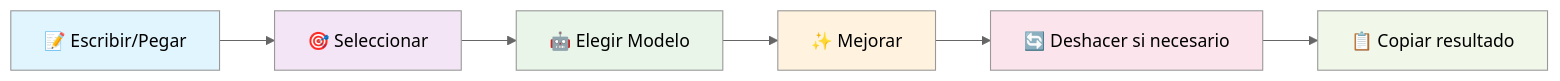
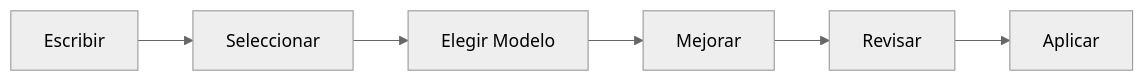
The diagram in build/README.md (686f6c61/visor-markdown-openrouter-models), drawn with Mermaid (neutral theme) before and after one commit. The commit also changed other lines of this file and 11 other files, not shown here.

````diff
--- a/build/README.md
+++ b/build/README.md
@@ -185,15 +109,8 @@
 ```mermaid
-flowchart LR
-    A[📝 Escribir/Pegar] --> B[🎯 Seleccionar]
-    B --> C[🤖 Elegir Modelo]
-    C --> D[✨ Mejorar]
-    D --> E[🔄 Deshacer si necesario]
-    E --> F[📋 Copiar resultado]
-    
-    style A fill:#e1f5fe
-    style B fill:#f3e5f5
-    style C fill:#e8f5e8
-    style D fill:#fff3e0
-    style E fill:#fce4ec
-    style F fill:#f1f8e9
+graph LR
+    A[Escribir] --> B[Seleccionar]
+    B --> C[Elegir Modelo]
+    C --> D[Mejorar]
+    D --> E[Revisar]
+    E --> F[Aplicar]
 ```
````
